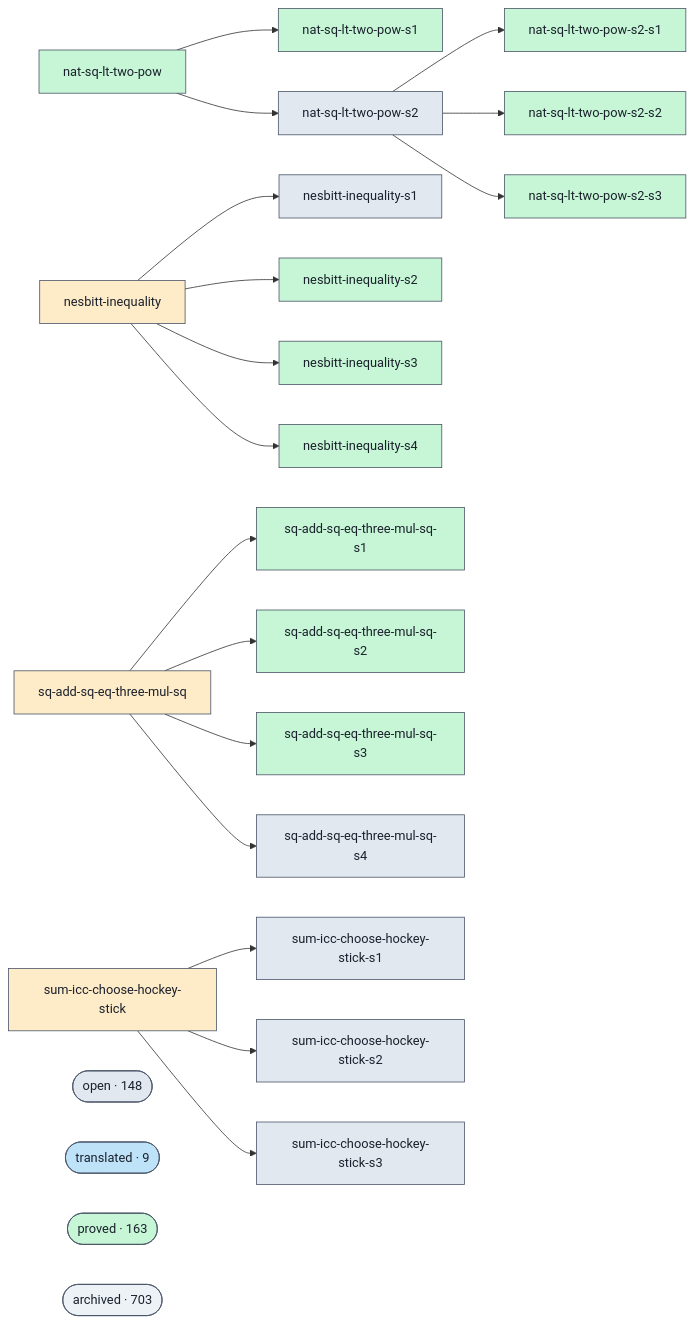
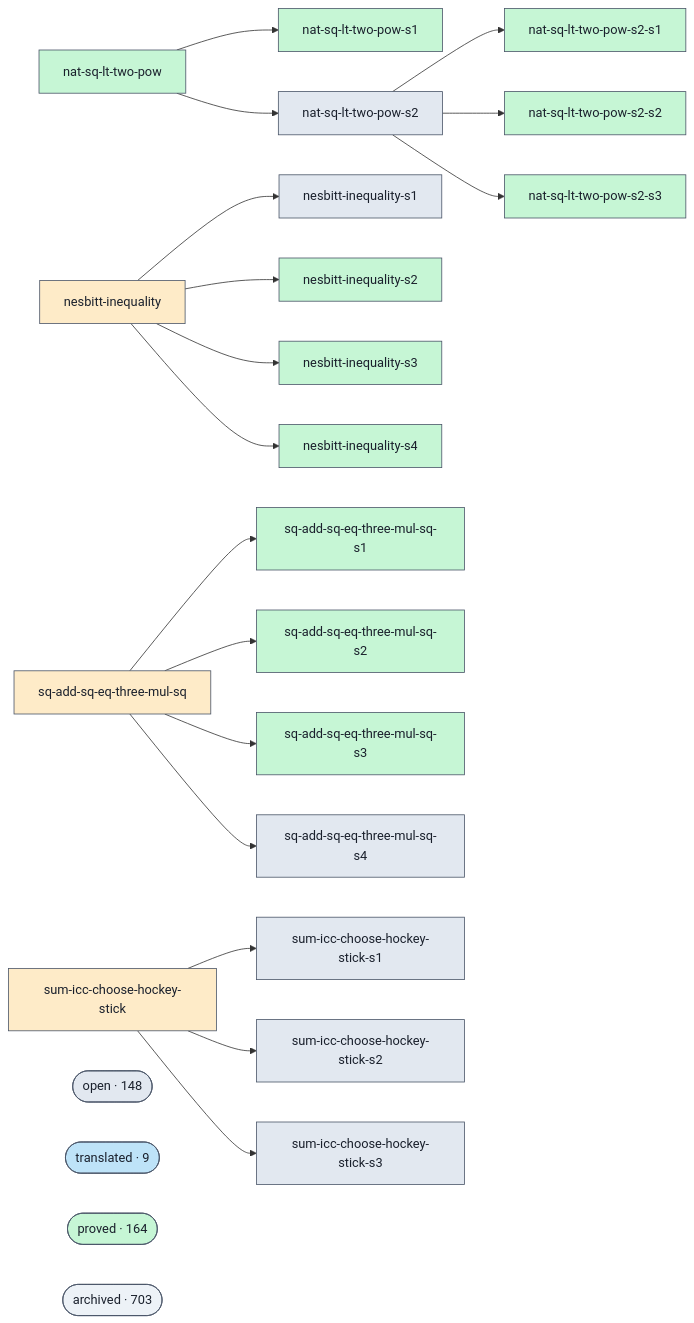
One commit to ohdearquant/unsorry changed the diagram in docs/proofs-contributors-visualisation.md. Above: the diagram before and after it, drawn with Mermaid. The commit also changed other lines of this file and 2 other files, not shown here.

```diff
--- a/docs/proofs-contributors-visualisation.md
+++ b/docs/proofs-contributors-visualisation.md
@@ -102,7 +102,7 @@
   class cluster_open open;
   cluster_translated(["translated · 9"])
   class cluster_translated translated;
-  cluster_proved(["proved · 163"])
+  cluster_proved(["proved · 164"])
   class cluster_proved proved;
   cluster_archived(["archived · 703"])
   class cluster_archived unknown;
```
